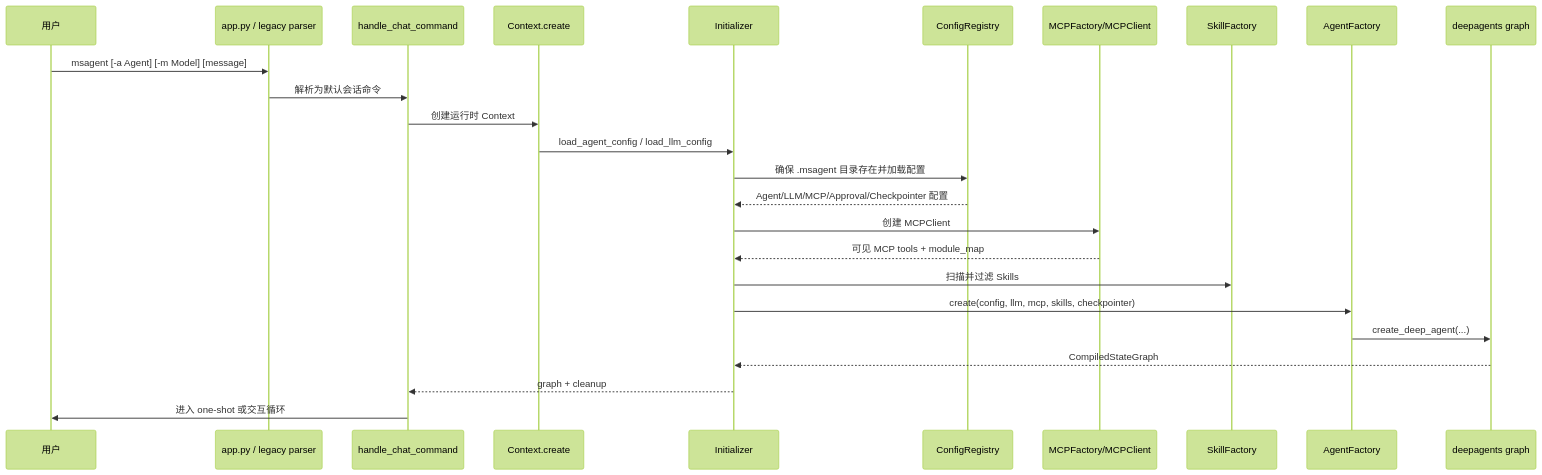
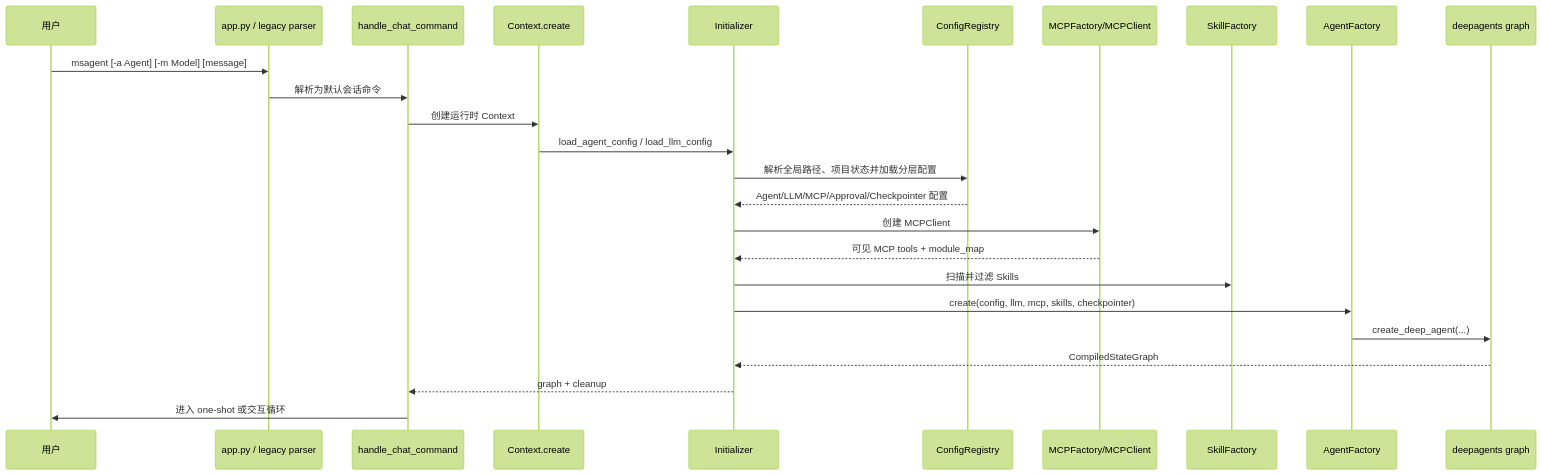
Before and after one commit to mindstudio-docs/master: the second of 6 diagrams in msagent/docs/zh/design/msagent_design.md, drawn with Mermaid (forest theme). The commit also changed other lines of this file and 21 other files, not shown here.

````diff
--- a/msagent/docs/zh/design/msagent_design.md
+++ b/msagent/docs/zh/design/msagent_design.md
@@ -132,28 +132,28 @@
 ```mermaid
 sequenceDiagram
     participant User as 用户
     participant App as app.py / legacy parser
     participant Chat as handle_chat_command
     participant Ctx as Context.create
     participant Init as Initializer
     participant Reg as ConfigRegistry
     participant MCP as MCPFactory/MCPClient
     participant Skill as SkillFactory
     participant AgentF as AgentFactory
     participant Graph as deepagents graph
 
     User->>App: msagent [-a Agent] [-m Model] [message]
     App->>Chat: 解析为默认会话命令
     Chat->>Ctx: 创建运行时 Context
     Ctx->>Init: load_agent_config / load_llm_config
-    Init->>Reg: 确保 .msagent 目录存在并加载配置
+    Init->>Reg: 解析全局路径、项目状态并加载分层配置
     Reg-->>Init: Agent/LLM/MCP/Approval/Checkpointer 配置
     Init->>MCP: 创建 MCPClient
     MCP-->>Init: 可见 MCP tools + module_map
     Init->>Skill: 扫描并过滤 Skills
     Init->>AgentF: create(config, llm, mcp, skills, checkpointer)
     AgentF->>Graph: create_deep_agent(...)
     Graph-->>Init: CompiledStateGraph
     Init-->>Chat: graph + cleanup
     Chat->>User: 进入 one-shot 或交互循环
 ```
````
